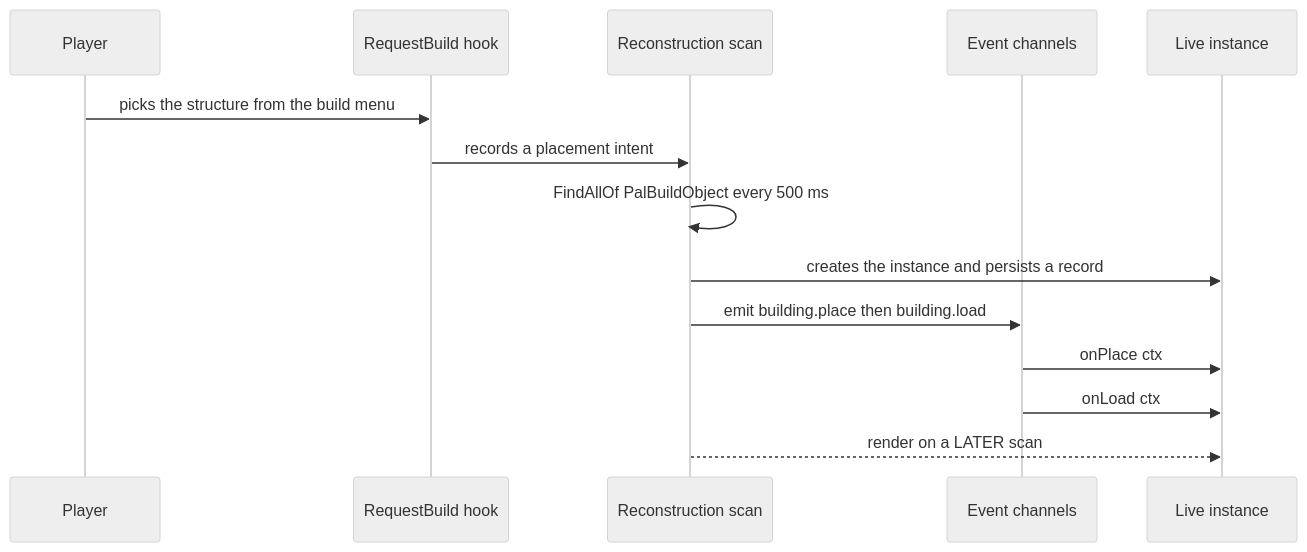
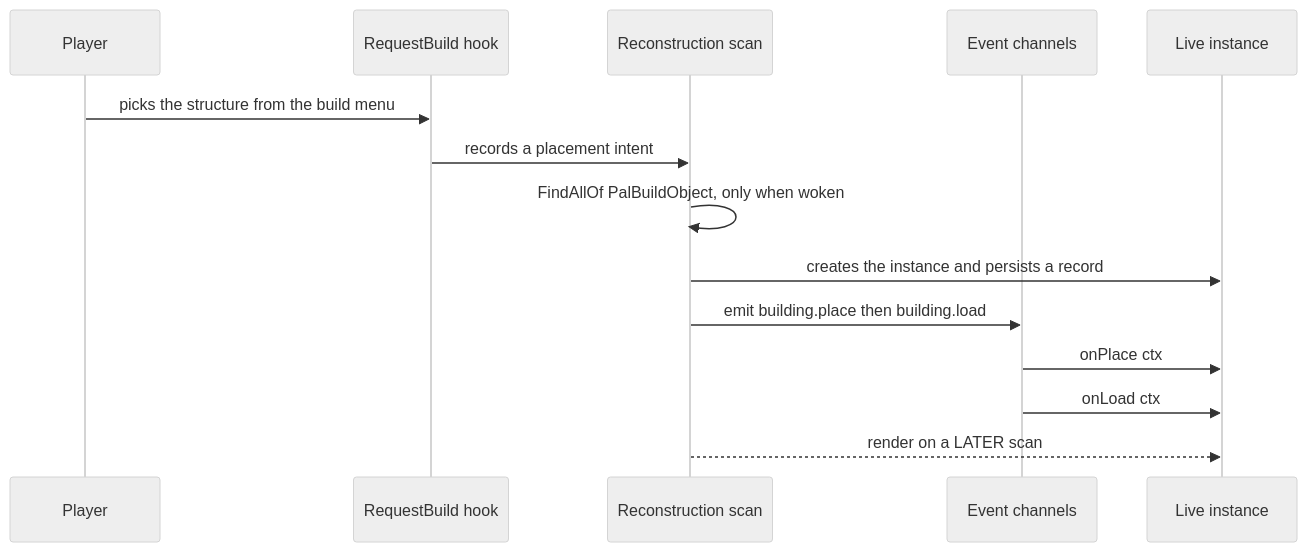
Before and after one commit to dr-mikan/PalForge: the first of 3 diagrams in docs/content/docs/api/building.ja.mdx, drawn with Mermaid (neutral theme). The commit also changed other lines of this file and 4 other files, not shown here.

````diff
--- a/docs/content/docs/api/building.ja.mdx
+++ b/docs/content/docs/api/building.ja.mdx
@@ -382,16 +382,16 @@
 ```mermaid
 sequenceDiagram
   participant PL as Player
   participant HK as RequestBuild hook
   participant SC as Reconstruction scan
   participant EV as Event channels
   participant IN as Live instance
   PL->>HK: picks the structure from the build menu
   HK->>SC: records a placement intent
-  SC->>SC: FindAllOf PalBuildObject every 500 ms
+  SC->>SC: FindAllOf PalBuildObject, only when woken
   SC->>IN: creates the instance and persists a record
   SC->>EV: emit building.place then building.load
   EV->>IN: onPlace ctx
   EV->>IN: onLoad ctx
   SC-->>IN: render on a LATER scan
 ```
````
